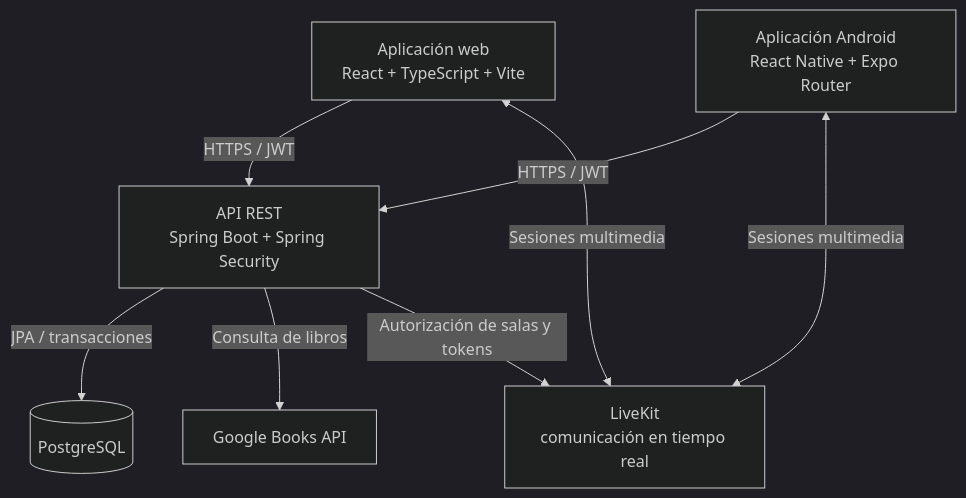
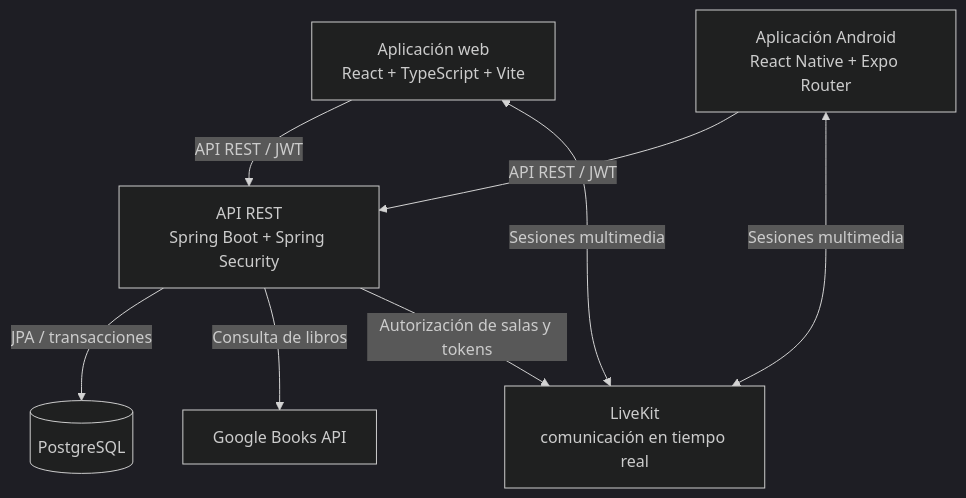
The diagram in README.md (leonardolandeo-a11y/StudyStreak), drawn with Mermaid (dark theme) before and after one commit. The commit also changed other lines of this file and 1 other file, not shown here.

```diff
--- a/README.md
+++ b/README.md
@@ -28,16 +28,16 @@
 ~~~mermaid
 flowchart TB
     W["Aplicación web<br/>React + TypeScript + Vite"]
     M["Aplicación Android<br/>React Native + Expo Router"]
     B["API REST<br/>Spring Boot + Spring Security"]
     DB[("PostgreSQL")]
     BOOKS["Google Books API"]
     MEDIA["LiveKit<br/>comunicación en tiempo real"]
-    W -->|HTTPS / JWT| B
-    M -->|HTTPS / JWT| B
+    W -->|API REST / JWT| B
+    M -->|API REST / JWT| B
     B -->|JPA / transacciones| DB
     B -->|Consulta de libros| BOOKS
     W <-->|Sesiones multimedia| MEDIA
     M <-->|Sesiones multimedia| MEDIA
     B -->|Autorización de salas y tokens| MEDIA
 ~~~
```
